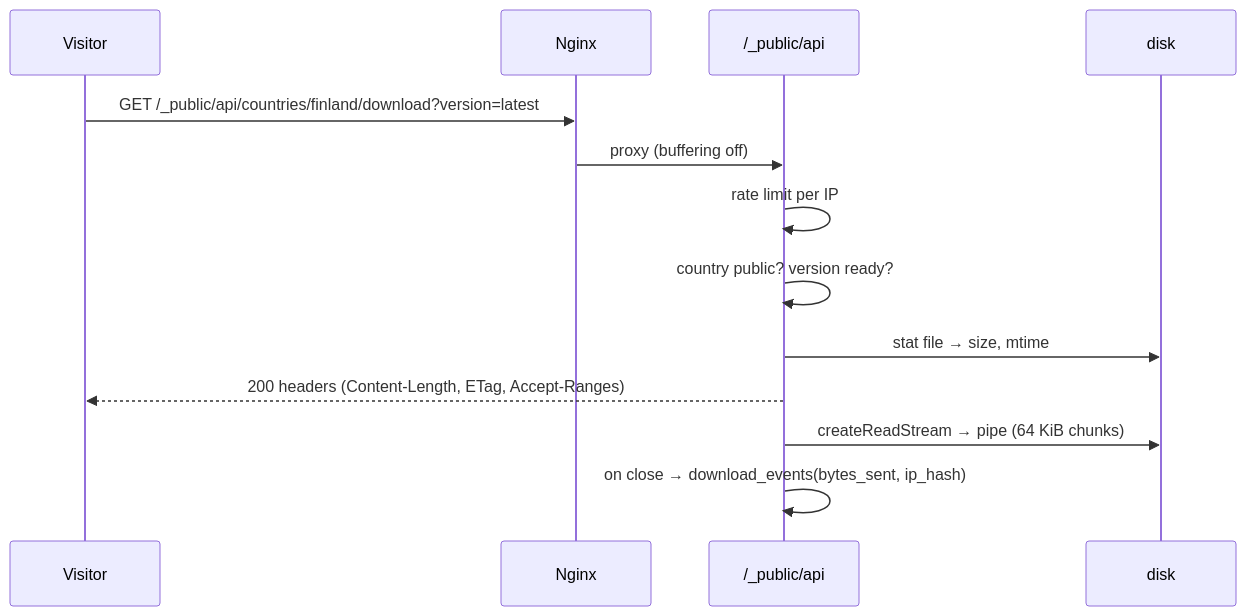
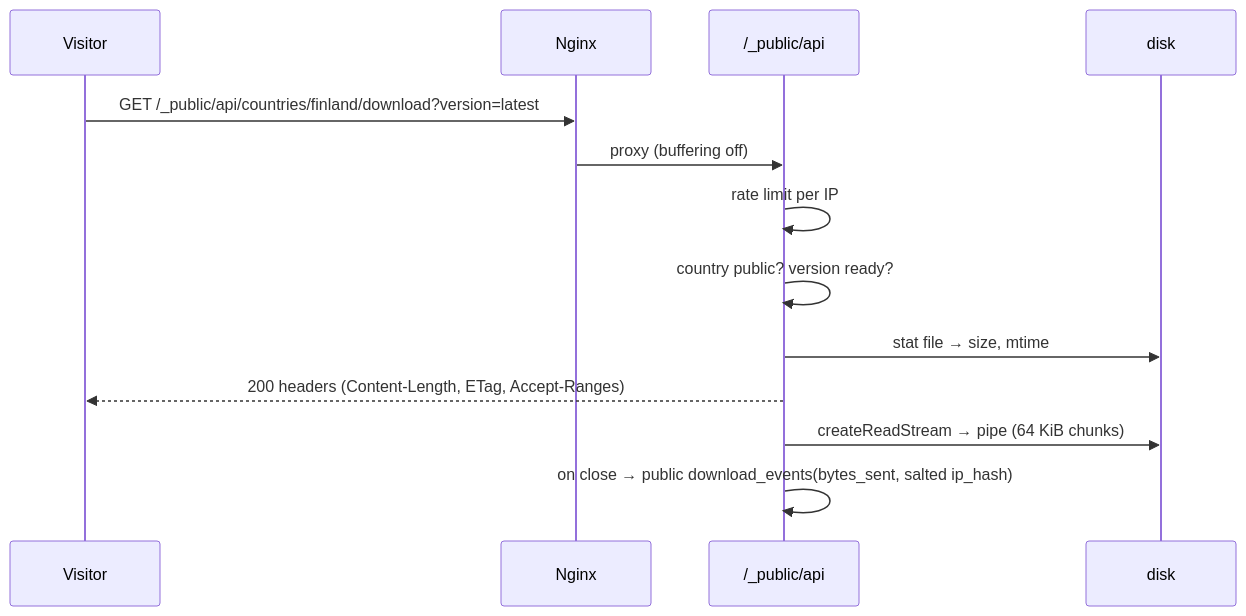
Before and after one commit to komeilm76/mapirror: the eighth of 12 diagrams in docs/05-flows.md, drawn with Mermaid. The commit also changed other lines of this file and 16 other files, not shown here.

Commit message:
feat(api): add public stats and download analytics (P3-API-06)

````diff
--- a/docs/05-flows.md
+++ b/docs/05-flows.md
@@ -355,15 +355,15 @@
 ```mermaid
 sequenceDiagram
   participant U as Visitor
   participant N as Nginx
   participant API as /_public/api
   participant FS as disk
   U->>N: GET /_public/api/countries/finland/download?version=latest
   N->>API: proxy (buffering off)
   API->>API: rate limit per IP
   API->>API: country public? version ready?
   API->>FS: stat file → size, mtime
   API-->>U: 200 headers (Content-Length, ETag, Accept-Ranges)
   API->>FS: createReadStream → pipe (64 KiB chunks)
-  API->>API: on close → download_events(bytes_sent, ip_hash)
+  API->>API: on close → public download_events(bytes_sent, salted ip_hash)
 ```
````
